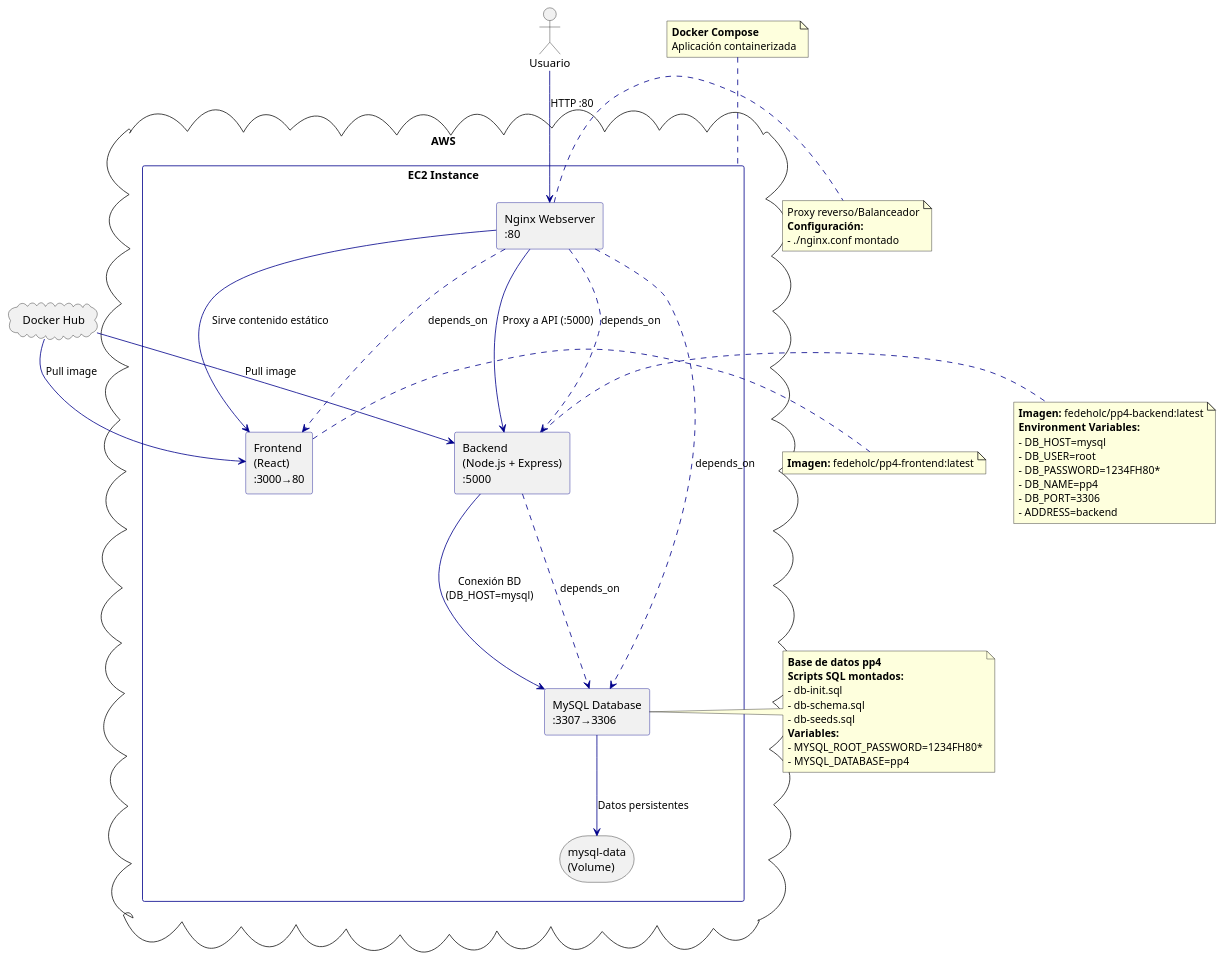
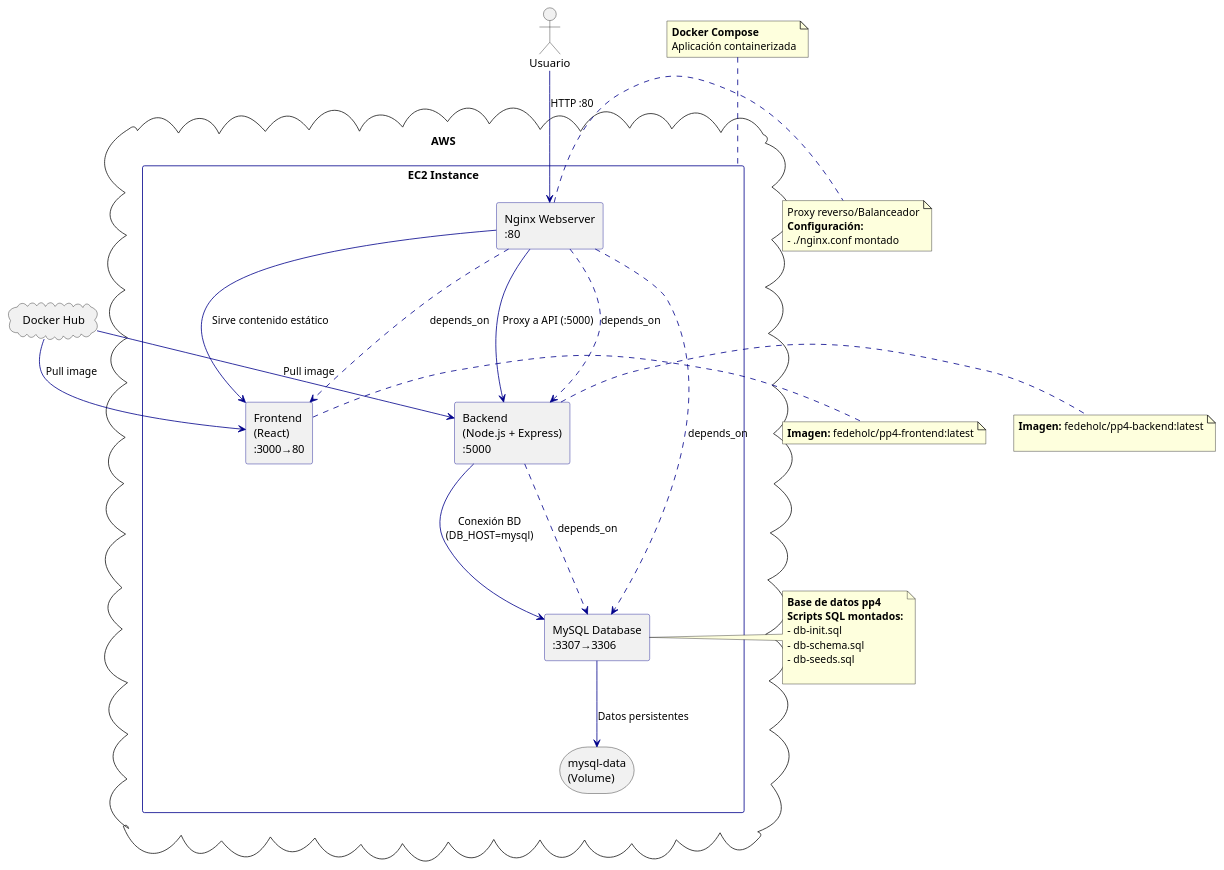
One commit to fedeholc/devops-tpi-infra changed the diagram in diagrama-docker-compose.puml. Above: the diagram before and after it, drawn with PlantUML. The commit also changed 6 other files, not shown here.

Commit message:
Update readme and diagrams

```diff
--- a/diagrama-docker-compose.puml
+++ b/diagrama-docker-compose.puml
@@ -1,87 +1,79 @@
 @startuml Docker Compose Architecture
 
 skinparam rectangle {
    
     BorderColor DarkBlue
 }
 
 skinparam arrow {
     Color DarkBlue
 }
 
 cloud "AWS" as aws {
     rectangle "EC2 Instance" as ec2 {
         
         rectangle "Nginx Webserver\n:80" as nginx
         
         rectangle "Frontend\n(React)\n:3000→80" as frontend
         
         rectangle "Backend\n(Node.js + Express)\n:5000" as backend
         
         rectangle "MySQL Database\n:3307→3306" as mysql
         
         storage "mysql-data\n(Volume)" as volume
     }
 }
 
 cloud "Docker Hub" as dockerhub
 
 actor "Usuario" as user
 
 ' Conexiones principales
 user --> nginx : "HTTP :80"
 nginx --> frontend : "Sirve contenido estático"
 nginx --> backend : "Proxy a API (:5000)"
 backend --> mysql : "Conexión BD\n(DB_HOST=mysql)"
 
 ' Datos persistentes
 mysql --> volume : "Datos persistentes"
 
 ' Imágenes desde Docker Hub
 dockerhub --> frontend : "Pull image"
 dockerhub --> backend : "Pull image"
 
 ' Dependencias (representadas con líneas punteadas)
 nginx -.-> backend : depends_on
 nginx -.-> frontend : depends_on
 nginx -.-> mysql : depends_on
 backend -.-> mysql : depends_on
 
 note right of nginx
 Proxy reverso/Balanceador
 **Configuración:**
 - ./nginx.conf montado
 end note
 
 note right of frontend
 **Imagen:** fedeholc/pp4-frontend:latest
 end note
 
 note right of backend
 **Imagen:** fedeholc/pp4-backend:latest
-**Environment Variables:**
-- DB_HOST=mysql
-- DB_USER=root
-- DB_PASSWORD=1234FH80*
-- DB_NAME=pp4
-- DB_PORT=3306
-- ADDRESS=backend
+
 end note
 
 note right of mysql
 **Base de datos pp4**
 **Scripts SQL montados:**
 - db-init.sql
 - db-schema.sql
 - db-seeds.sql
-**Variables:**
-- MYSQL_ROOT_PASSWORD=1234FH80*
-- MYSQL_DATABASE=pp4
+ 
 end note
 
 note top of ec2
 **Docker Compose**
 Aplicación containerizada
 end note
 
 @enduml
```
